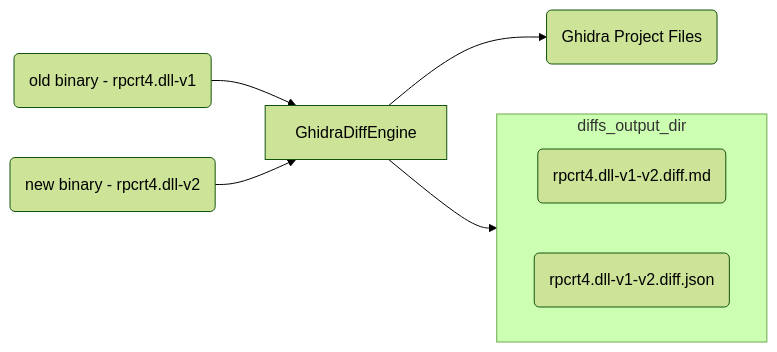
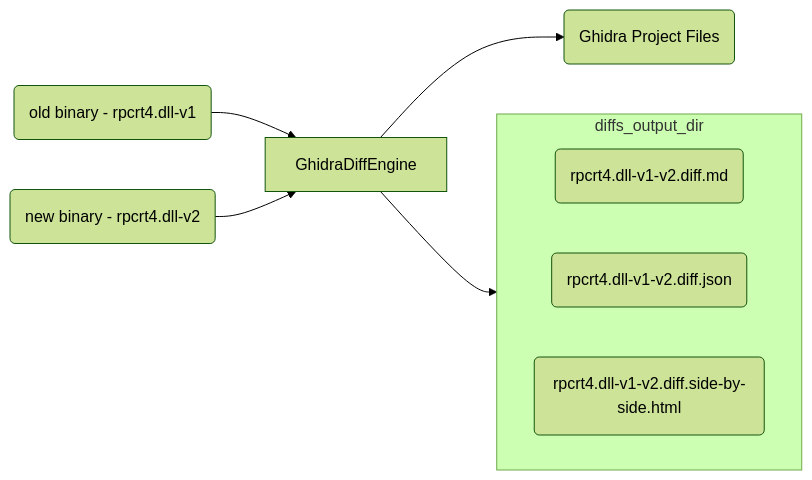
The diagram in README.md (clearbluejar/ghidriff), drawn with Mermaid (forest theme) before and after one commit. The commit also changed other lines of this file and 3 other files, not shown here.

````diff
--- a/README.md
+++ b/README.md
@@ -13,15 +24,16 @@
 ```mermaid
 flowchart LR
 
 a(old binary - rpcrt4.dll-v1) --> b[GhidraDiffEngine]
 c(new binary - rpcrt4.dll-v2) --> b
 
 b --> e(Ghidra Project Files)
 b --> diffs_output_dir
 
 subgraph diffs_output_dir
     direction LR
     i(rpcrt4.dll-v1-v2.diff.md)
     h(rpcrt4.dll-v1-v2.diff.json)
+    j(rpcrt4.dll-v1-v2.diff.side-by-side.html)
 end
 ```
````
